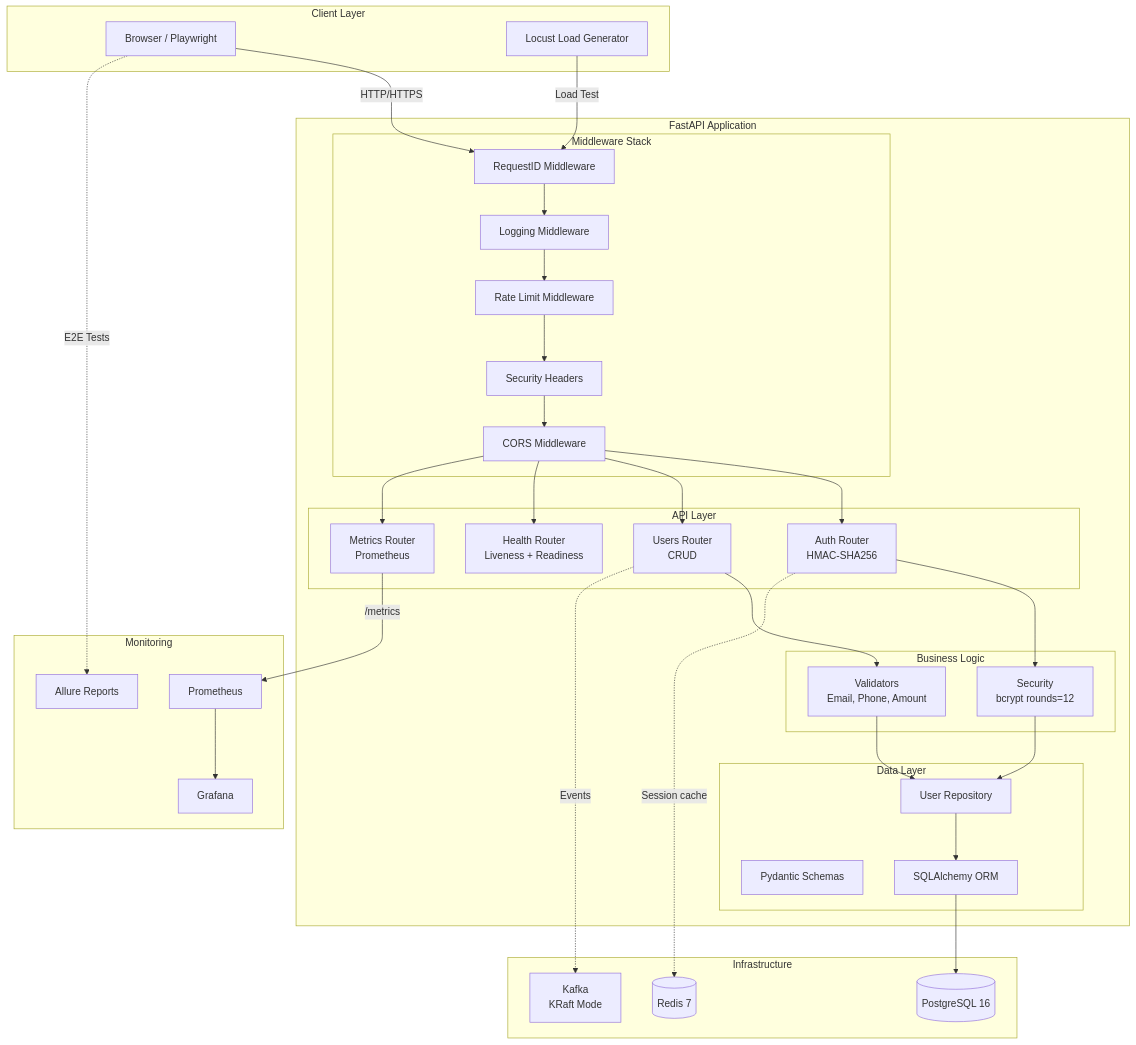
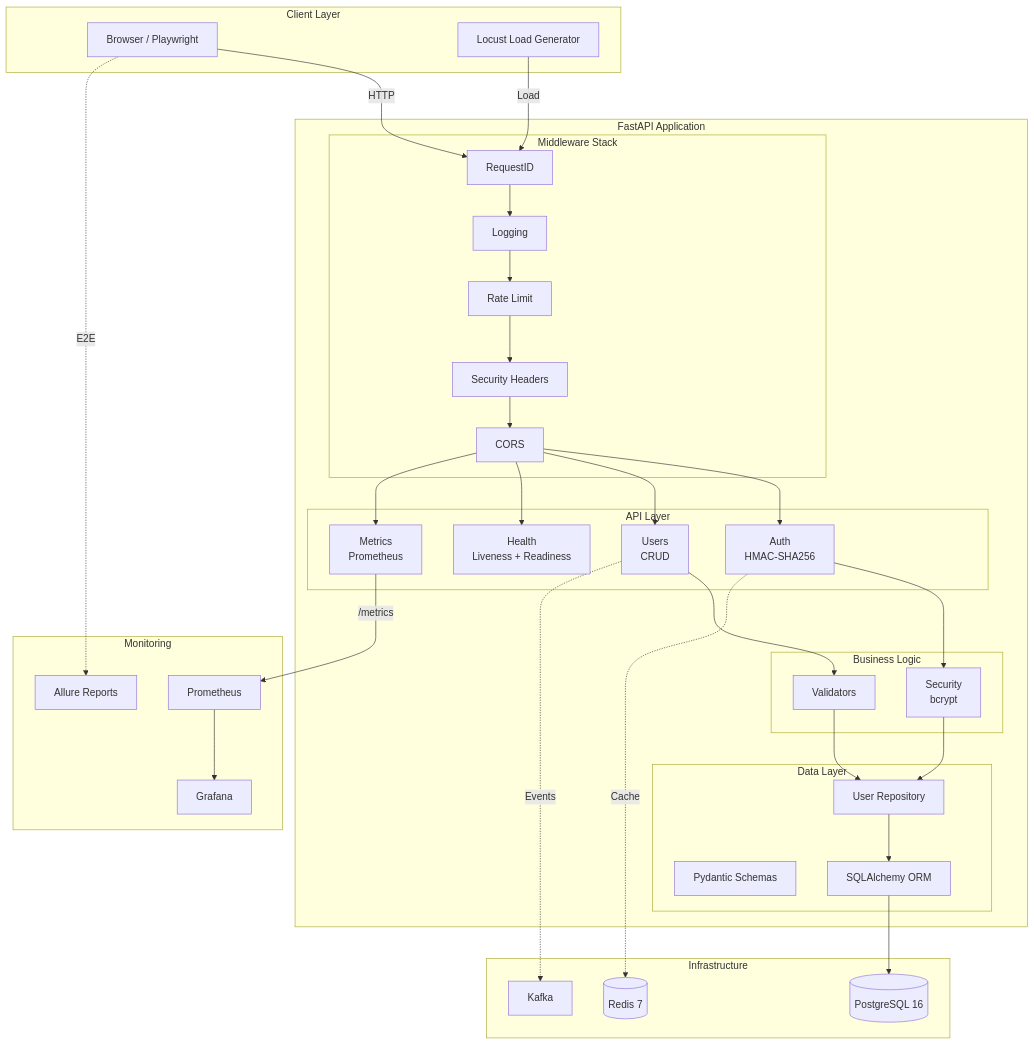
Before and after one commit to ssrjkk/qualix: the first of 2 diagrams in README.md, drawn with Mermaid. The commit also changed other lines of this file and 4 other files, not shown here.

````diff
--- a/README.md
+++ b/README.md
@@ -135,61 +95,61 @@
 ```mermaid
 graph TB
     subgraph "Client Layer"
         Browser[Browser / Playwright]
         Locust[Locust Load Generator]
     end
 
     subgraph "FastAPI Application"
         subgraph "Middleware Stack"
-            ReqID[RequestID Middleware]
-            Log[Logging Middleware]
-            Rate[Rate Limit Middleware]
+            ReqID[RequestID]
+            Log[Logging]
+            Rate[Rate Limit]
             Sec[Security Headers]
-            CORS[CORS Middleware]
+            CORS[CORS]
         end
 
         subgraph "API Layer"
-            Auth[Auth Router<br/>HMAC-SHA256]
-            Users[Users Router<br/>CRUD]
-            Health[Health Router<br/>Liveness + Readiness]
-            Metrics[Metrics Router<br/>Prometheus]
+            Auth[Auth<br/>HMAC-SHA256]
+            Users[Users<br/>CRUD]
+            Health[Health<br/>Liveness + Readiness]
+            Metrics[Metrics<br/>Prometheus]
         end
 
         subgraph "Business Logic"
-            Validators[Validators<br/>Email, Phone, Amount]
-            Security[Security<br/>bcrypt rounds=12]
+            Validators[Validators]
+            Security[Security<br/>bcrypt]
         end
 
         subgraph "Data Layer"
             Repo[User Repository]
             Models[Pydantic Schemas]
             ORM[SQLAlchemy ORM]
         end
     end
 
     subgraph "Infrastructure"
         PG[(PostgreSQL 16)]
         Redis[(Redis 7)]
-        Kafka[Kafka<br/>KRaft Mode]
+        Kafka[Kafka]
     end
 
     subgraph "Monitoring"
         Prometheus[Prometheus]
         Grafana[Grafana]
         Allure[Allure Reports]
     end
 
-    Browser -->|HTTP/HTTPS| ReqID
-    Locust -->|Load Test| ReqID
+    Browser -->|HTTP| ReqID
+    Locust -->|Load| ReqID
     ReqID --> Log --> Rate --> Sec --> CORS
     CORS --> Auth & Users & Health & Metrics
     Auth --> Security --> Repo
     Users --> Validators --> Repo
     Repo --> ORM
     ORM --> PG
-    Auth -.->|Session cache| Redis
+    Auth -.->|Cache| Redis
     Users -.->|Events| Kafka
     Metrics -->|/metrics| Prometheus
     Prometheus --> Grafana
-    Browser -.->|E2E Tests| Allure
+    Browser -.->|E2E| Allure
 ```
````
